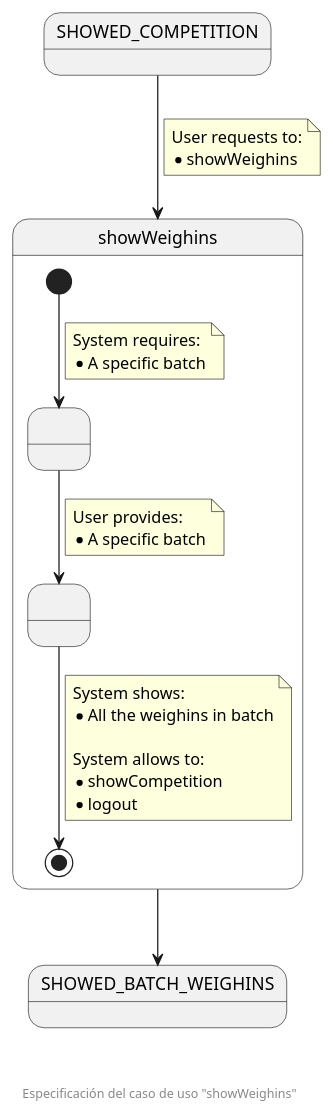
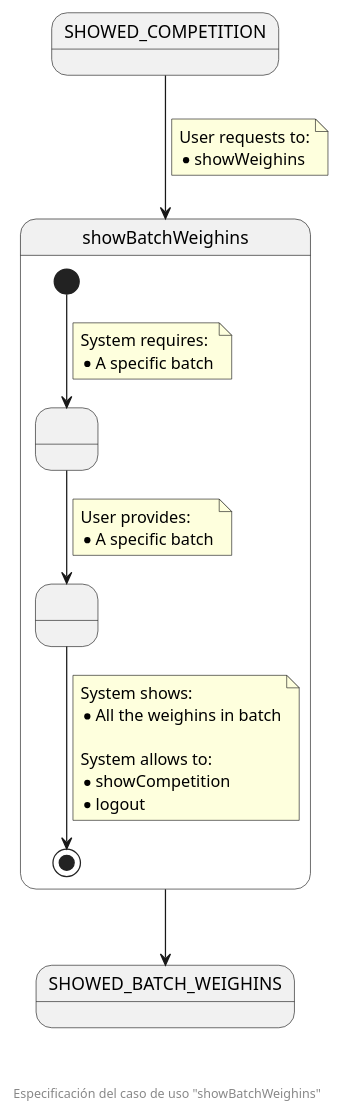
Before and after one commit to zuldare/mastercloud_pfm_halterocms: the diagram in diagrams/useCasesSpecification/showWeighins.puml, drawn with PlantUML.

```diff
--- a/diagrams/useCasesSpecification/showWeighins.puml
+++ b/diagrams/useCasesSpecification/showWeighins.puml
@@ -1,37 +1,37 @@
 @startuml
 state SHOWED_COMPETITION
-state showWeighins {
+state showBatchWeighins {
   state " " as pendingBatch
   state " " as providedBatch
   [*] --> pendingBatch
   note on link
     System requires:
     * A specific batch
   end note
   pendingBatch --> providedBatch
   note on link
     User provides:
     * A specific batch
   end note
   providedBatch --> [*]
   note on link
     System shows:
     * All the weighins in batch
     
     System allows to:
     * showCompetition
     * logout
   end note
 }
 state SHOWED_BATCH_WEIGHINS
 
-SHOWED_COMPETITION --> showWeighins
+SHOWED_COMPETITION --> showBatchWeighins
 note on link
   User requests to:
   * showWeighins
 end note
 
-showWeighins --> SHOWED_BATCH_WEIGHINS
+showBatchWeighins --> SHOWED_BATCH_WEIGHINS
 
-footer \n\n\n Especificación del caso de uso "showWeighins"
+footer \n\n\n Especificación del caso de uso "showBatchWeighins"
 @enduml
```
